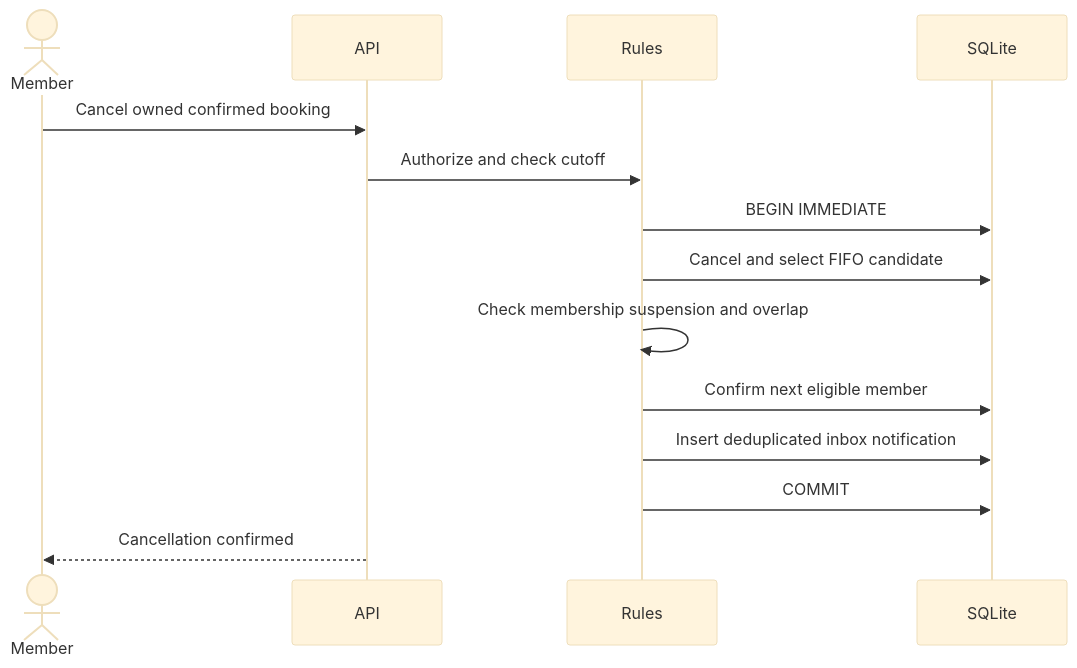
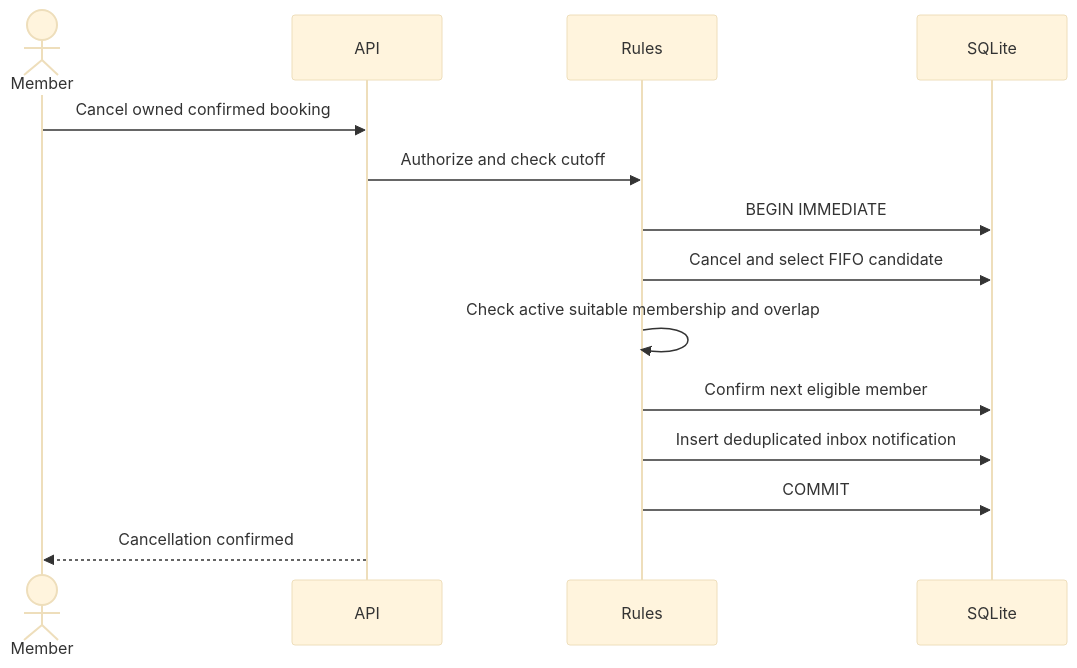
One commit to 3latw/GymPassJUST changed the diagram in docs/diagrams/sequence-waitlist.mmd. Above: the diagram before and after it, drawn with Mermaid (base theme). The commit also changed 36 other files, not shown here.

```diff
--- a/docs/diagrams/sequence-waitlist.mmd
+++ b/docs/diagrams/sequence-waitlist.mmd
@@ -1,14 +1,14 @@
 sequenceDiagram
     actor Member
     participant API
     participant Rules
     participant SQLite
     Member->>API: Cancel owned confirmed booking
     API->>Rules: Authorize and check cutoff
     Rules->>SQLite: BEGIN IMMEDIATE
     Rules->>SQLite: Cancel and select FIFO candidate
-    Rules->>Rules: Check membership suspension and overlap
+    Rules->>Rules: Check active suitable membership and overlap
     Rules->>SQLite: Confirm next eligible member
     Rules->>SQLite: Insert deduplicated inbox notification
     Rules->>SQLite: COMMIT
     API-->>Member: Cancellation confirmed
```
